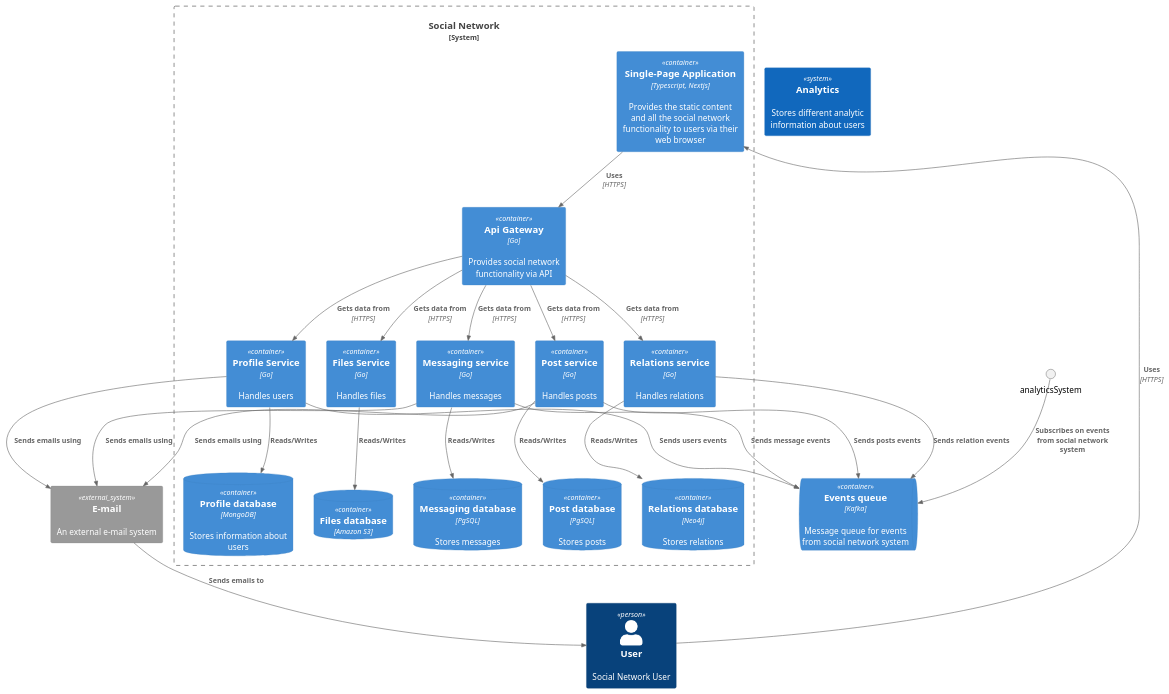
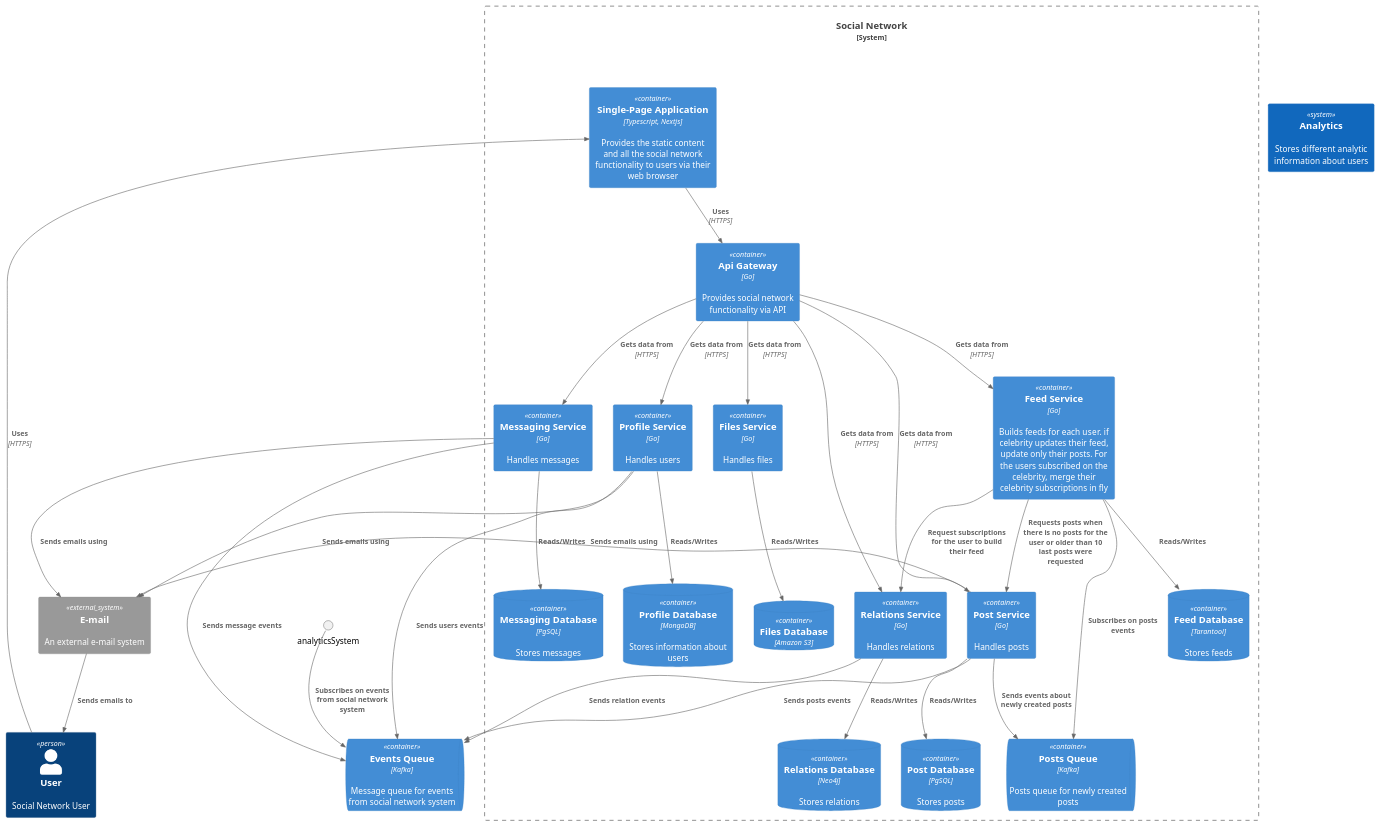
Before and after one commit to chistyakoviv/social_network_system_design: the diagram in architecture/social_media_system.puml, drawn with PlantUML. The commit also changed 2 other files, not shown here.

Commit message:
feat: add feed service

```diff
--- a/architecture/social_media_system.puml
+++ b/architecture/social_media_system.puml
@@ -1,57 +1,69 @@
 @startuml
 !include https://raw.githubusercontent.com/plantuml-stdlib/C4-PlantUML/master/C4_Container.puml
 
 Person(user, "User", "Social Network User")
 System(analytics, "Analytics", "Stores different analytic information about users")
 System_Ext(email, "E-mail", "An external e-mail system")
-ContainerQueue(messageQueue, "Events queue", "Kafka", "Message queue for events from social network system")
+ContainerQueue(messageQueue, "Events Queue", "Kafka", "Message queue for events from social network system")
 
 System_Boundary(socialNetwork, "Social Network") {
     Container(spa, "Single-Page Application", "Typescript, Nextjs", "Provides the static content and all the social network functionality to users via their web browser")
     Container(api, "Api Gateway", "Go", "Provides social network functionality via API")
 
     Container(filesService, "Files Service", "Go", "Handles files")
-    ContainerDb(filesDatabase, "Files database", "Amazon S3")
+    ContainerDb(filesDatabase, "Files Database", "Amazon S3")
 
-    Container(messagingService, "Messaging service", "Go", "Handles messages")
-    ContainerDb(messagingDatabase, "Messaging database", "PgSQL", "Stores messages")
+    Container(messagingService, "Messaging Service", "Go", "Handles messages")
+    ContainerDb(messagingDatabase, "Messaging Database", "PgSQL", "Stores messages")
 
-    Container(postsService, "Post service", "Go", "Handles posts")
-    ContainerDb(postsDatabase, "Post database", "PgSQL", "Stores posts")
+    Container(postsService, "Post Service", "Go", "Handles posts")
+    ContainerDb(postsDatabase, "Post Database", "PgSQL", "Stores posts")
 
     Container(profilesService, "Profile Service", "Go", "Handles users")
-    ContainerDb(profilesDatabase, "Profile database", "MongoDB", "Stores information about users")
+    ContainerDb(profilesDatabase, "Profile Database", "MongoDB", "Stores information about users")
 
-    Container(relationsService, "Relations service", "Go", "Handles relations")
-    ContainerDb(relationsDatabase, "Relations database", "Neo4j", "Stores relations")
+    Container(relationsService, "Relations Service", "Go", "Handles relations")
+    ContainerDb(relationsDatabase, "Relations Database", "Neo4j", "Stores relations")
+
+    ContainerQueue(postsQueue, "Posts Queue", "Kafka", "Posts queue for newly created posts")
+
+    Container(feedService, "Feed Service", "Go", "Builds feeds for each user. if celebrity updates their feed, update only their posts. For the users subscribed on the celebrity, merge their celebrity subscriptions in fly")
+    ContainerDb(feedDatabase, "Feed Database", "Tarantool", "Stores feeds")
 }
 
 Rel(user, spa, "Uses", "HTTPS")
 Rel(email, user, "Sends emails to")
 Rel(spa, api, "Uses", "HTTPS")
 
 Rel(api, filesService, "Gets data from", "HTTPS")
 Rel(api, messagingService, "Gets data from", "HTTPS")
 Rel(api, postsService, "Gets data from", "HTTPS")
 Rel(api, profilesService, "Gets data from", "HTTPS")
 Rel(api, relationsService, "Gets data from", "HTTPS")
+Rel(api, feedService, "Gets data from", "HTTPS")
 
 Rel(filesService, filesDatabase, "Reads/Writes")
 
 Rel(messagingService, messagingDatabase, "Reads/Writes")
 Rel(messagingService, email, "Sends emails using")
 Rel(messagingService, messageQueue, "Sends message events")
 
 Rel(postsService, postsDatabase, "Reads/Writes")
 Rel(postsService, email, "Sends emails using")
 Rel(postsService, messageQueue, "Sends posts events")
+Rel(postsService, postsQueue, "Sends events about newly created posts")
+
+Rel(feedService, postsService, "Requests posts when there is no posts for the user or older than 10 last posts were requested")
+Rel(feedService, relationsService, "Request subscriptions for the user to build their feed")
+Rel(feedService, feedDatabase, "Reads/Writes")
+Rel(feedService, postsQueue, "Subscribes on posts events")
 
 Rel(profilesService, profilesDatabase, "Reads/Writes")
 Rel(profilesService, email, "Sends emails using")
 Rel(profilesService, messageQueue, "Sends users events")
 
 Rel(relationsService, relationsDatabase, "Reads/Writes")
 Rel(relationsService, messageQueue, "Sends relation events")
 
 Rel(analyticsSystem, messageQueue, "Subscribes on events from social network system")
 @enduml
```
